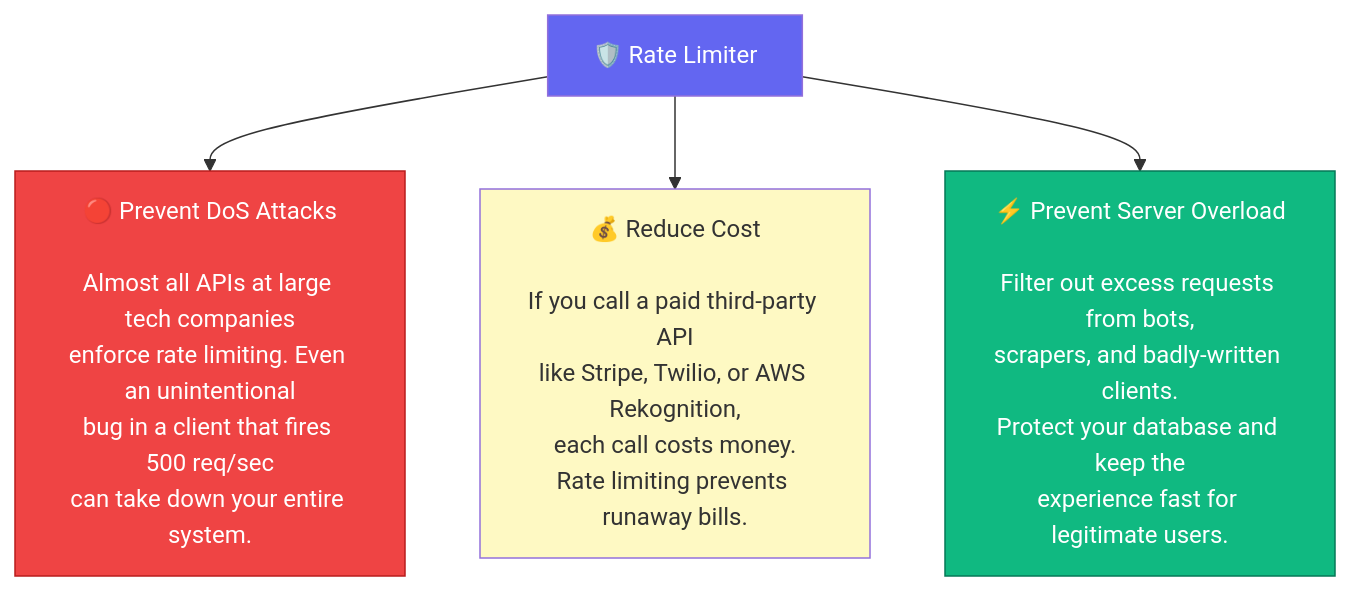
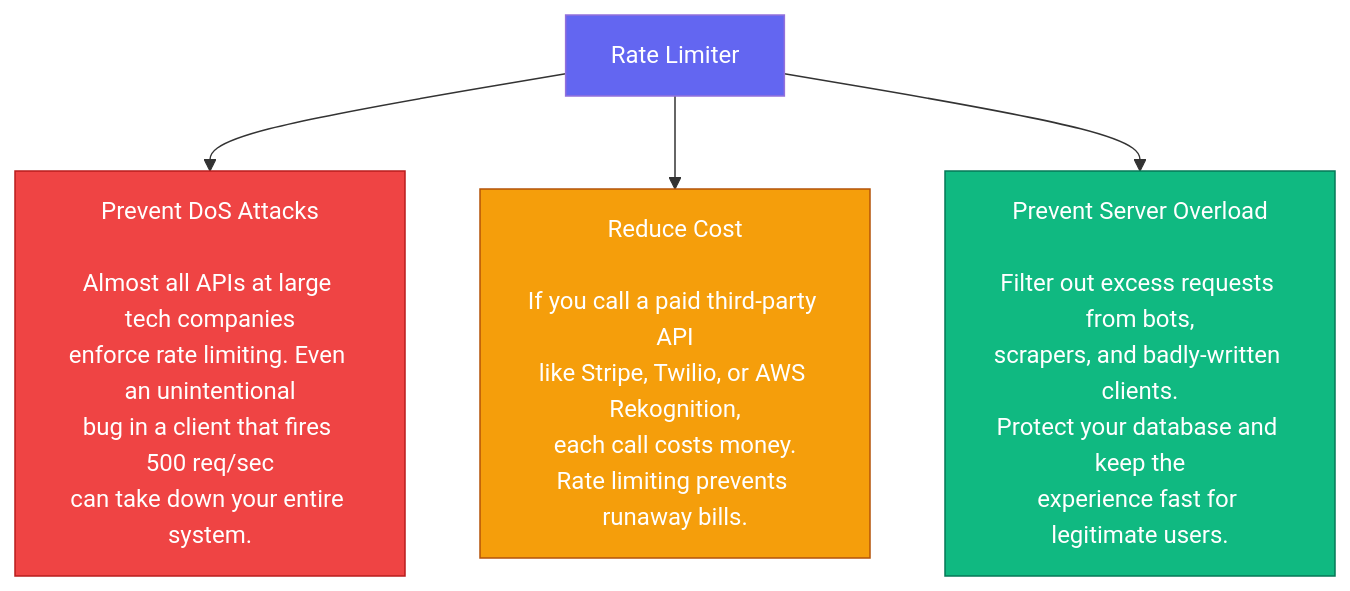
One commit to devops-monk/system-design-blog changed the first of 26 diagrams in content/posts/2026/design-a-rate-limiter.md. Above: the diagram before and after it, drawn with Mermaid. The commit also changed other lines of this file and 5 other files, not shown here.

````diff
--- a/content/posts/2026/design-a-rate-limiter.md
+++ b/content/posts/2026/design-a-rate-limiter.md
@@ -43,13 +43,13 @@
 ```mermaid
 graph TD
-    RL["🛡️ Rate Limiter"]
+    RL["Rate Limiter"]
 
-    RL --> R1["🔴 Prevent DoS Attacks\n\nAlmost all APIs at large tech companies\nenforce rate limiting. Even an unintentional\nbug in a client that fires 500 req/sec\ncan take down your entire system."]
-    RL --> R2["💰 Reduce Cost\n\nIf you call a paid third-party API\nlike Stripe, Twilio, or AWS Rekognition,\neach call costs money.\nRate limiting prevents runaway bills."]
-    RL --> R3["⚡ Prevent Server Overload\n\nFilter out excess requests from bots,\nscrapers, and badly-written clients.\nProtect your database and keep the\nexperience fast for legitimate users."]
+    RL --> R1["Prevent DoS Attacks\n\nAlmost all APIs at large tech companies\nenforce rate limiting. Even an unintentional\nbug in a client that fires 500 req/sec\ncan take down your entire system."]
+    RL --> R2["Reduce Cost\n\nIf you call a paid third-party API\nlike Stripe, Twilio, or AWS Rekognition,\neach call costs money.\nRate limiting prevents runaway bills."]
+    RL --> R3["Prevent Server Overload\n\nFilter out excess requests from bots,\nscrapers, and badly-written clients.\nProtect your database and keep the\nexperience fast for legitimate users."]
 
     style RL fill:#6366f1,color:#fff
     style R1 fill:#EF4444,stroke:#B91C1C,color:#fff
-    style R2 fill:#fef9c3
+    style R2 fill:#F59E0B,stroke:#B45309,color:#fff
     style R3 fill:#10B981,stroke:#047857,color:#fff
 ```
````
